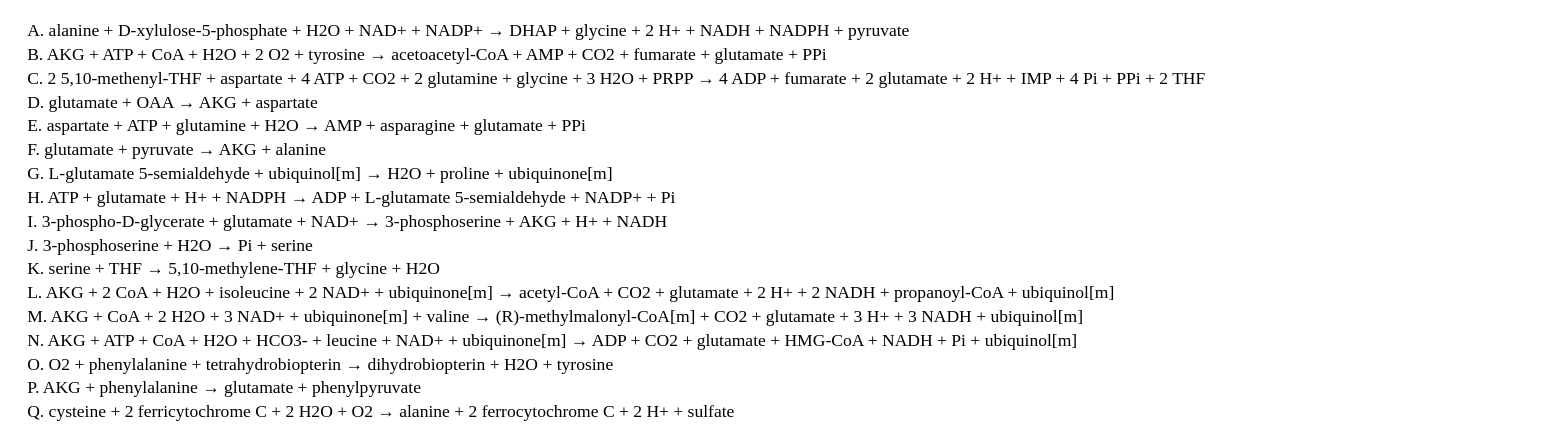
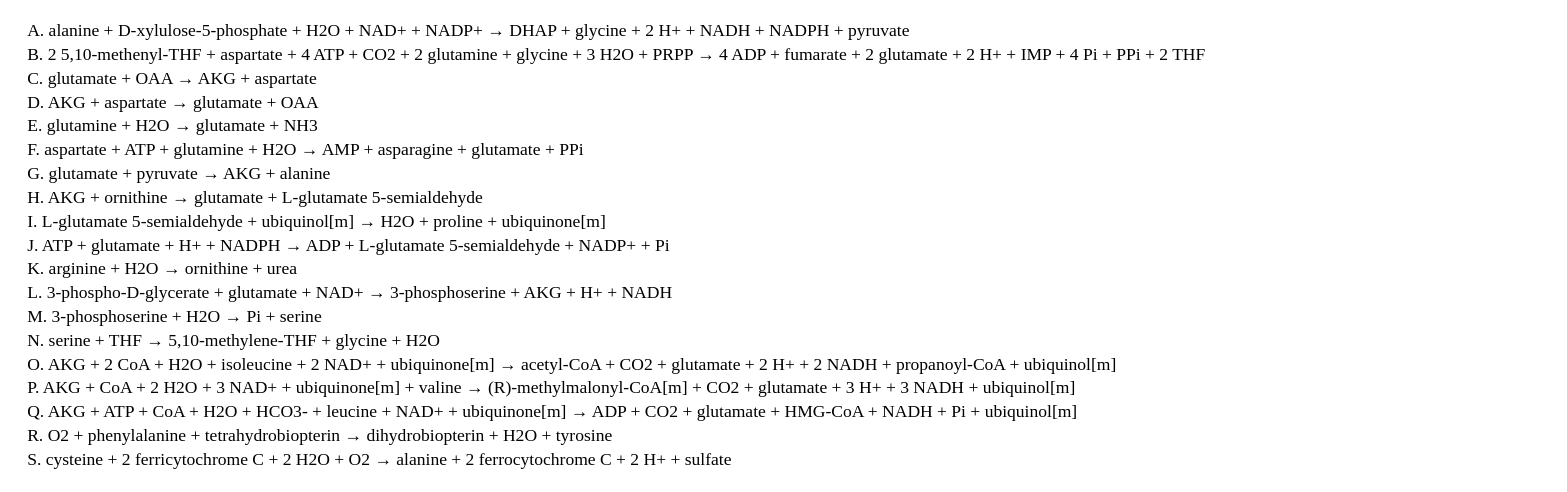
The diagram in displayNetwork/test.dot_legend.dot (SysBioChalmers/LiverCellMetabolismSimulation), drawn with Graphviz before and after one commit. The commit also changed 5 other files, not shown here.

```diff
--- a/displayNetwork/test.dot_legend.dot
+++ b/displayNetwork/test.dot_legend.dot
@@ -1,21 +1,23 @@
 digraph G {
 key [label=<<table border="0" cellpadding="2" cellspacing="0" cellborder="0" width="200px">
 <tr><td align="left">A. alanine + D-xylulose-5-phosphate + H2O + NAD+ + NADP+ &rarr; DHAP + glycine + 2 H+ + NADH + NADPH + pyruvate</td></tr>
-<tr><td align="left">B. AKG + ATP + CoA + H2O + 2 O2 + tyrosine &rarr; acetoacetyl-CoA + AMP + CO2 + fumarate + glutamate + PPi</td></tr>
-<tr><td align="left">C. 2 5,10-methenyl-THF + aspartate + 4 ATP + CO2 + 2 glutamine + glycine + 3 H2O + PRPP &rarr; 4 ADP + fumarate + 2 glutamate + 2 H+ + IMP + 4 Pi + PPi + 2 THF</td></tr>
-<tr><td align="left">D. glutamate + OAA &rarr; AKG + aspartate</td></tr>
-<tr><td align="left">E. aspartate + ATP + glutamine + H2O &rarr; AMP + asparagine + glutamate + PPi</td></tr>
-<tr><td align="left">F. glutamate + pyruvate &rarr; AKG + alanine</td></tr>
-<tr><td align="left">G. L-glutamate 5-semialdehyde + ubiquinol[m] &rarr; H2O + proline + ubiquinone[m]</td></tr>
-<tr><td align="left">H. ATP + glutamate + H+ + NADPH &rarr; ADP + L-glutamate 5-semialdehyde + NADP+ + Pi</td></tr>
-<tr><td align="left">I. 3-phospho-D-glycerate + glutamate + NAD+ &rarr; 3-phosphoserine + AKG + H+ + NADH</td></tr>
-<tr><td align="left">J. 3-phosphoserine + H2O &rarr; Pi + serine</td></tr>
-<tr><td align="left">K. serine + THF &rarr; 5,10-methylene-THF + glycine + H2O</td></tr>
-<tr><td align="left">L. AKG + 2 CoA + H2O + isoleucine + 2 NAD+ + ubiquinone[m] &rarr; acetyl-CoA + CO2 + glutamate + 2 H+ + 2 NADH + propanoyl-CoA + ubiquinol[m]</td></tr>
-<tr><td align="left">M. AKG + CoA + 2 H2O + 3 NAD+ + ubiquinone[m] + valine &rarr; (R)-methylmalonyl-CoA[m] + CO2 + glutamate + 3 H+ + 3 NADH + ubiquinol[m]</td></tr>
-<tr><td align="left">N. AKG + ATP + CoA + H2O + HCO3- + leucine + NAD+ + ubiquinone[m] &rarr; ADP + CO2 + glutamate + HMG-CoA + NADH + Pi + ubiquinol[m]</td></tr>
-<tr><td align="left">O. O2 + phenylalanine + tetrahydrobiopterin &rarr; dihydrobiopterin + H2O + tyrosine</td></tr>
-<tr><td align="left">P. AKG + phenylalanine &rarr; glutamate + phenylpyruvate</td></tr>
-<tr><td align="left">Q. cysteine + 2 ferricytochrome C + 2 H2O + O2 &rarr; alanine + 2 ferrocytochrome C + 2 H+ + sulfate</td></tr>
+<tr><td align="left">B. 2 5,10-methenyl-THF + aspartate + 4 ATP + CO2 + 2 glutamine + glycine + 3 H2O + PRPP &rarr; 4 ADP + fumarate + 2 glutamate + 2 H+ + IMP + 4 Pi + PPi + 2 THF</td></tr>
+<tr><td align="left">C. glutamate + OAA &rarr; AKG + aspartate</td></tr>
+<tr><td align="left">D. AKG + aspartate &rarr; glutamate + OAA</td></tr>
+<tr><td align="left">E. glutamine + H2O &rarr; glutamate + NH3</td></tr>
+<tr><td align="left">F. aspartate + ATP + glutamine + H2O &rarr; AMP + asparagine + glutamate + PPi</td></tr>
+<tr><td align="left">G. glutamate + pyruvate &rarr; AKG + alanine</td></tr>
+<tr><td align="left">H. AKG + ornithine &rarr; glutamate + L-glutamate 5-semialdehyde</td></tr>
+<tr><td align="left">I. L-glutamate 5-semialdehyde + ubiquinol[m] &rarr; H2O + proline + ubiquinone[m]</td></tr>
+<tr><td align="left">J. ATP + glutamate + H+ + NADPH &rarr; ADP + L-glutamate 5-semialdehyde + NADP+ + Pi</td></tr>
+<tr><td align="left">K. arginine + H2O &rarr; ornithine + urea</td></tr>
+<tr><td align="left">L. 3-phospho-D-glycerate + glutamate + NAD+ &rarr; 3-phosphoserine + AKG + H+ + NADH</td></tr>
+<tr><td align="left">M. 3-phosphoserine + H2O &rarr; Pi + serine</td></tr>
+<tr><td align="left">N. serine + THF &rarr; 5,10-methylene-THF + glycine + H2O</td></tr>
+<tr><td align="left">O. AKG + 2 CoA + H2O + isoleucine + 2 NAD+ + ubiquinone[m] &rarr; acetyl-CoA + CO2 + glutamate + 2 H+ + 2 NADH + propanoyl-CoA + ubiquinol[m]</td></tr>
+<tr><td align="left">P. AKG + CoA + 2 H2O + 3 NAD+ + ubiquinone[m] + valine &rarr; (R)-methylmalonyl-CoA[m] + CO2 + glutamate + 3 H+ + 3 NADH + ubiquinol[m]</td></tr>
+<tr><td align="left">Q. AKG + ATP + CoA + H2O + HCO3- + leucine + NAD+ + ubiquinone[m] &rarr; ADP + CO2 + glutamate + HMG-CoA + NADH + Pi + ubiquinol[m]</td></tr>
+<tr><td align="left">R. O2 + phenylalanine + tetrahydrobiopterin &rarr; dihydrobiopterin + H2O + tyrosine</td></tr>
+<tr><td align="left">S. cysteine + 2 ferricytochrome C + 2 H2O + O2 &rarr; alanine + 2 ferrocytochrome C + 2 H+ + sulfate</td></tr>
 </table>>, shape="box", style="setlinewidth(0)"];
 }
```
